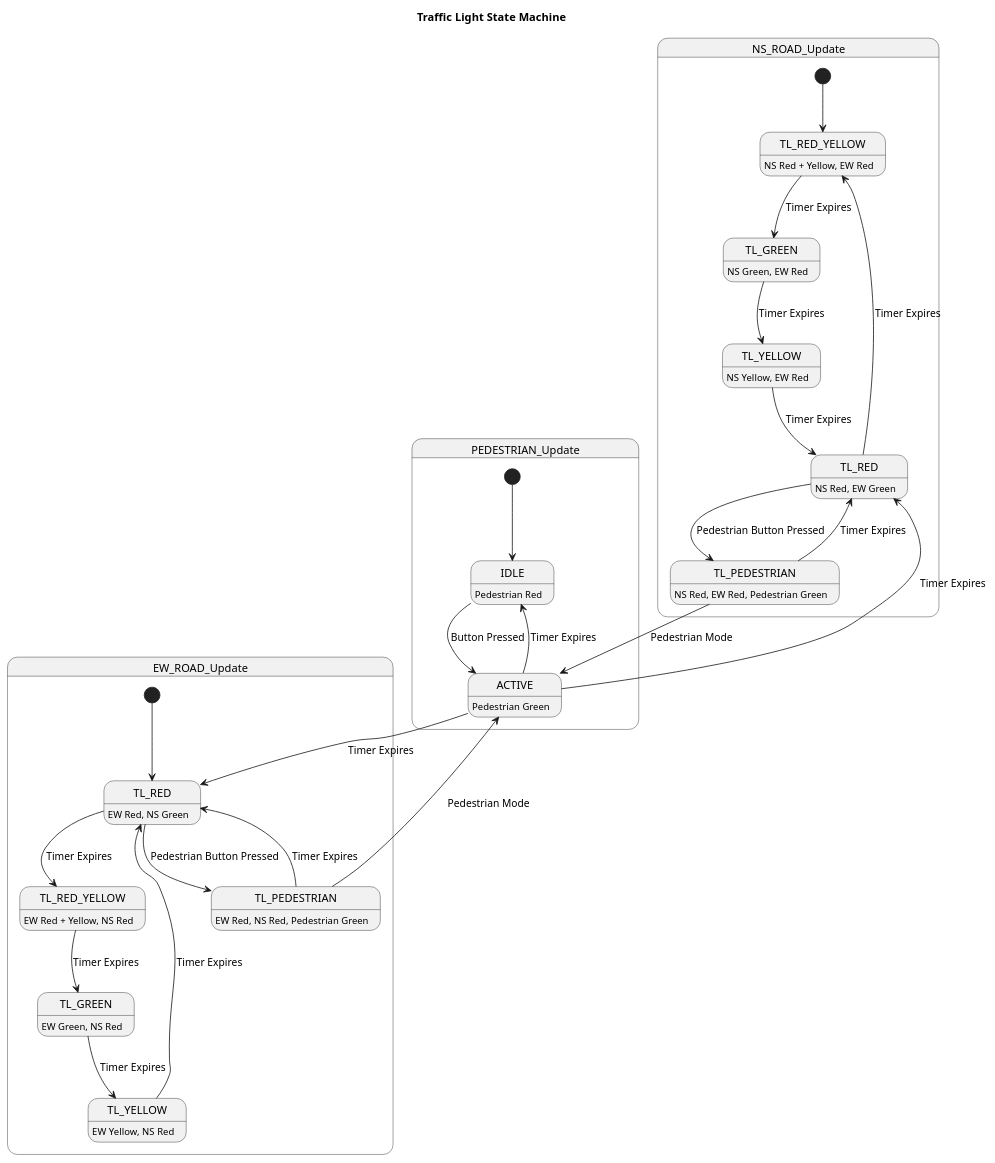
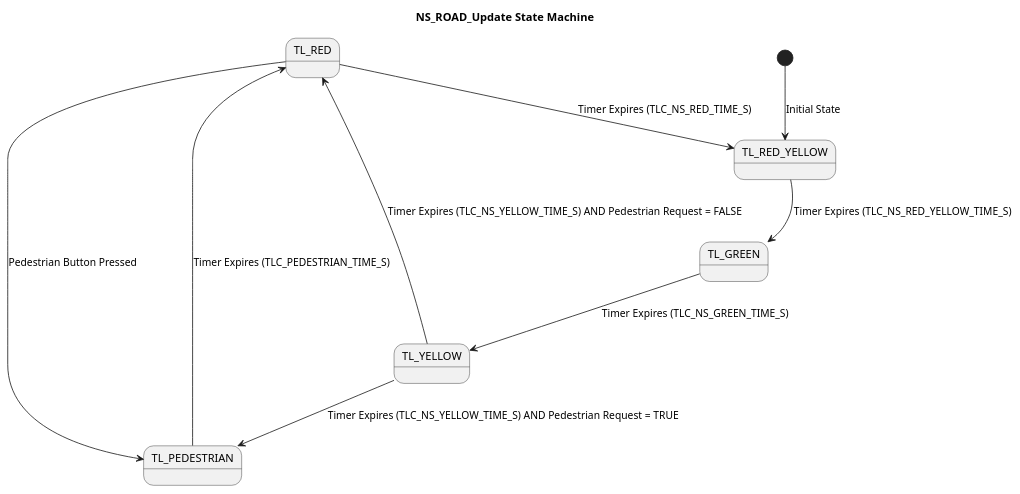
The diagram in arch/NS_Road.puml (eslamshahin0/dual-traffic-light-system), drawn with PlantUML before and after one commit. The commit also changed 12 other files, not shown here.

```diff
--- a/arch/NS_Road.puml
+++ b/arch/NS_Road.puml
@@ -1,50 +1,20 @@
 @startuml
-title Traffic Light State Machine
+title NS_ROAD_Update State Machine
 
-state "NS_ROAD_Update" as NS {
-    state "TL_RED_YELLOW" as NS_RED_YELLOW : NS Red + Yellow, EW Red
-    state "TL_GREEN" as NS_GREEN : NS Green, EW Red
-    state "TL_YELLOW" as NS_YELLOW : NS Yellow, EW Red
-    state "TL_RED" as NS_RED : NS Red, EW Green
-    state "TL_PEDESTRIAN" as NS_PEDESTRIAN : NS Red, EW Red, Pedestrian Green
+state "TL_RED" as NS_RED
+state "TL_YELLOW" as NS_YELLOW
+state "TL_RED_YELLOW" as NS_RED_YELLOW
+state "TL_GREEN" as NS_GREEN
+state "TL_PEDESTRIAN" as NS_PEDESTRIAN
 
-    [*] --> NS_RED_YELLOW
-    NS_RED_YELLOW --> NS_GREEN : Timer Expires
-    NS_GREEN --> NS_YELLOW : Timer Expires
-    NS_YELLOW --> NS_RED : Timer Expires
-    NS_RED --> NS_RED_YELLOW : Timer Expires
-    NS_RED --> NS_PEDESTRIAN : Pedestrian Button Pressed
-    NS_PEDESTRIAN --> NS_RED : Timer Expires
-}
+[*] --> NS_RED_YELLOW : Initial State
 
-state "EW_ROAD_Update" as EW {
-    state "TL_RED" as EW_RED : EW Red, NS Green
-    state "TL_YELLOW" as EW_YELLOW : EW Yellow, NS Red
-    state "TL_GREEN" as EW_GREEN : EW Green, NS Red
-    state "TL_RED_YELLOW" as EW_RED_YELLOW : EW Red + Yellow, NS Red
-    state "TL_PEDESTRIAN" as EW_PEDESTRIAN : EW Red, NS Red, Pedestrian Green
-
-    [*] --> EW_RED
-    EW_RED --> EW_RED_YELLOW : Timer Expires
-    EW_RED_YELLOW --> EW_GREEN : Timer Expires
-    EW_GREEN --> EW_YELLOW : Timer Expires
-    EW_YELLOW --> EW_RED : Timer Expires
-    EW_RED --> EW_PEDESTRIAN : Pedestrian Button Pressed
-    EW_PEDESTRIAN --> EW_RED : Timer Expires
-}
-
-state "PEDESTRIAN_Update" as PED {
-    state "IDLE" as PED_IDLE : Pedestrian Red
-    state "ACTIVE" as PED_ACTIVE : Pedestrian Green
-
-    [*] --> PED_IDLE
-    PED_IDLE --> PED_ACTIVE : Button Pressed
-    PED_ACTIVE --> PED_IDLE : Timer Expires
-}
-
-NS_PEDESTRIAN --> PED_ACTIVE : Pedestrian Mode
-EW_PEDESTRIAN --> PED_ACTIVE : Pedestrian Mode
-PED_ACTIVE --> NS_RED : Timer Expires
-PED_ACTIVE --> EW_RED : Timer Expires
+NS_RED_YELLOW --> NS_GREEN : Timer Expires (TLC_NS_RED_YELLOW_TIME_S)
+NS_GREEN --> NS_YELLOW : Timer Expires (TLC_NS_GREEN_TIME_S)
+NS_YELLOW --> NS_RED : Timer Expires (TLC_NS_YELLOW_TIME_S) AND Pedestrian Request = FALSE
+NS_YELLOW --> NS_PEDESTRIAN : Timer Expires (TLC_NS_YELLOW_TIME_S) AND Pedestrian Request = TRUE
+NS_RED --> NS_RED_YELLOW : Timer Expires (TLC_NS_RED_TIME_S)
+NS_RED --> NS_PEDESTRIAN : Pedestrian Button Pressed
+NS_PEDESTRIAN --> NS_RED : Timer Expires (TLC_PEDESTRIAN_TIME_S)
 
 @enduml
```
